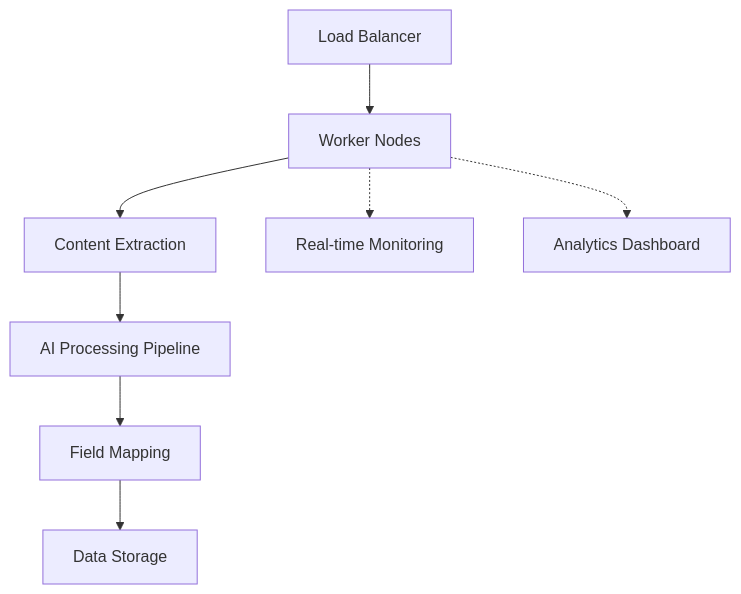
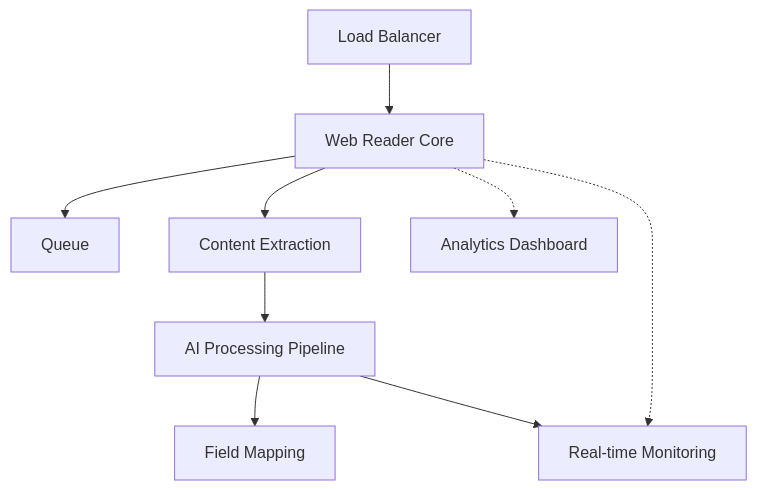
One commit to NoWayJA/web-reader-core changed the diagram in README.md. Above: the diagram before and after it, drawn with Mermaid. The commit also changed other lines of this file, not shown here.

Commit message:
Trying to improve mermaid diagram

````diff
--- a/README.md
+++ b/README.md
@@ -30,11 +28,12 @@
 ```mermaid
 graph TD
-    A[Load Balancer] --> B[Worker Nodes]
-    B --> C[Content Extraction]
-    C --> D[AI Processing Pipeline]
-    D --> E[Field Mapping]
-    E --> F[Data Storage]
-    
+    A[Load Balancer] --> B[Web Reader Core]
+    B --> C[Queue]
+    B --> D[Content Extraction]
+    D --> E[AI Processing Pipeline]
+    E --> F[Field Mapping]
+    E --> G[Data Storage]
+        
     B -.-> G[Real-time Monitoring]
     B -.-> H[Analytics Dashboard]
 ```
````
